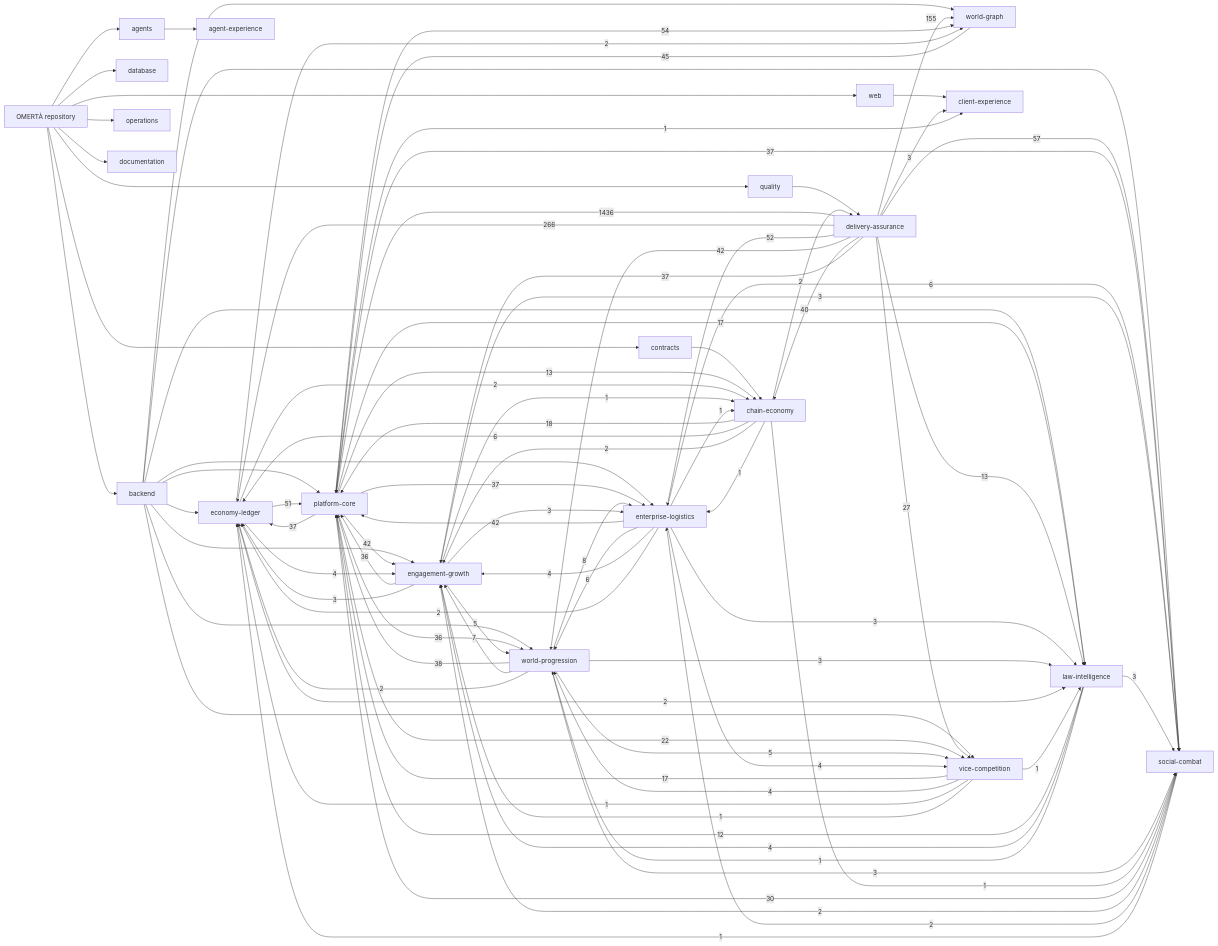
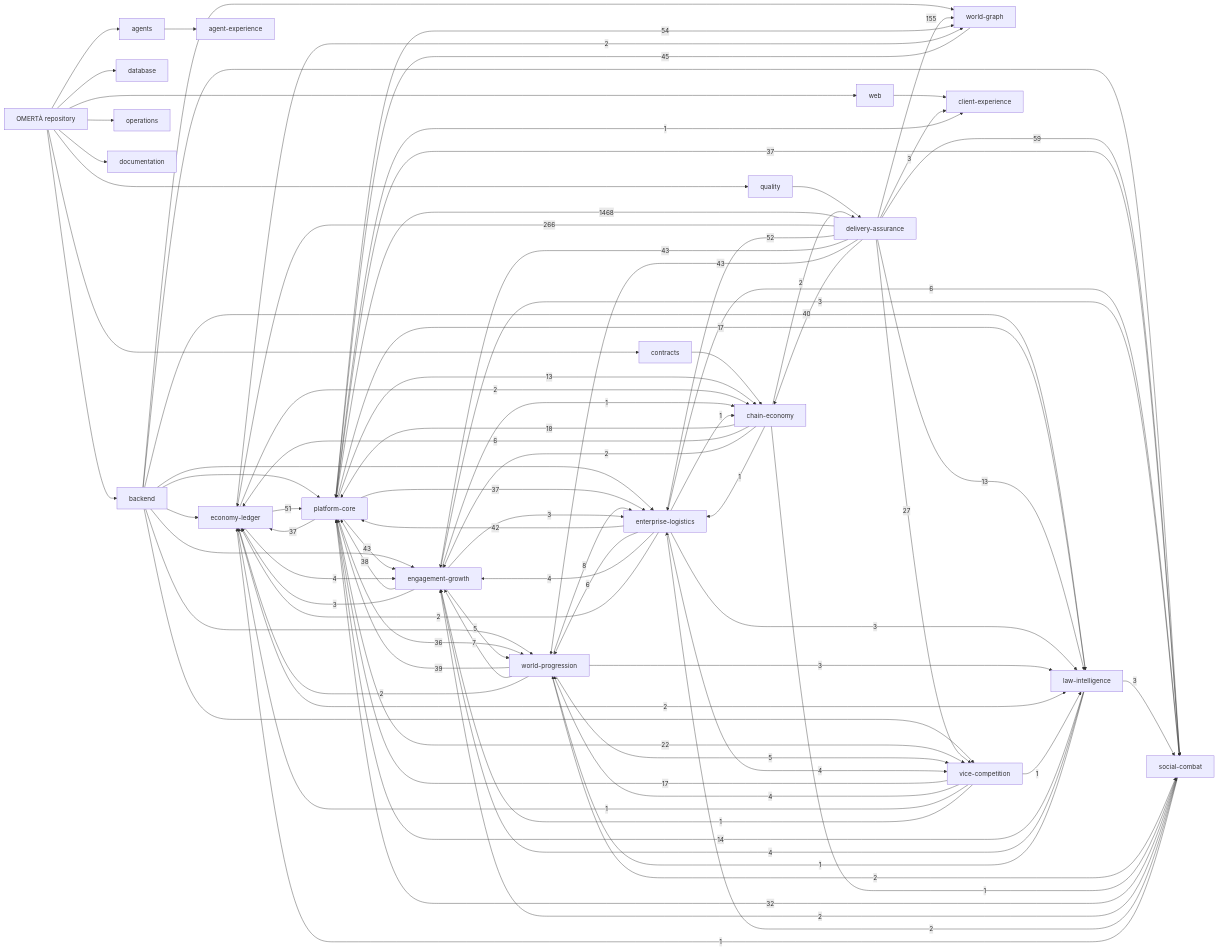
One commit to OmertaDev/Omerta changed the diagram in knowledge/generated/graph.mmd. Above: the diagram before and after it, drawn with Mermaid. The commit also changed 8 other files, not shown here.

```diff
--- a/knowledge/generated/graph.mmd
+++ b/knowledge/generated/graph.mmd
@@ -1,111 +1,111 @@
 flowchart LR
   repo["OMERTÀ repository"]
   sub_backend["backend"]
   repo --> sub_backend
   sub_database["database"]
   repo --> sub_database
   sub_web["web"]
   repo --> sub_web
   sub_contracts["contracts"]
   repo --> sub_contracts
   sub_agents["agents"]
   repo --> sub_agents
   sub_quality["quality"]
   repo --> sub_quality
   sub_operations["operations"]
   repo --> sub_operations
   sub_documentation["documentation"]
   repo --> sub_documentation
   dom_platform-core["platform-core"]
   dom_economy-ledger["economy-ledger"]
   dom_social-combat["social-combat"]
   dom_world-progression["world-progression"]
   dom_world-graph["world-graph"]
   dom_enterprise-logistics["enterprise-logistics"]
   dom_vice-competition["vice-competition"]
   dom_law-intelligence["law-intelligence"]
   dom_chain-economy["chain-economy"]
   dom_engagement-growth["engagement-growth"]
   dom_client-experience["client-experience"]
   dom_agent-experience["agent-experience"]
   dom_delivery-assurance["delivery-assurance"]
   sub_agents --> dom_agent-experience
   sub_backend --> dom_economy-ledger
   sub_backend --> dom_engagement-growth
   sub_backend --> dom_enterprise-logistics
   sub_backend --> dom_law-intelligence
   sub_backend --> dom_platform-core
   sub_backend --> dom_social-combat
   sub_backend --> dom_vice-competition
   sub_backend --> dom_world-graph
   sub_backend --> dom_world-progression
   sub_contracts --> dom_chain-economy
   sub_quality --> dom_delivery-assurance
   sub_web --> dom_client-experience
-  dom_delivery-assurance -->|1436| dom_platform-core
+  dom_delivery-assurance -->|1468| dom_platform-core
   dom_delivery-assurance -->|266| dom_economy-ledger
   dom_delivery-assurance -->|155| dom_world-graph
-  dom_delivery-assurance -->|57| dom_social-combat
+  dom_delivery-assurance -->|59| dom_social-combat
   dom_platform-core -->|54| dom_world-graph
   dom_delivery-assurance -->|52| dom_enterprise-logistics
   dom_economy-ledger -->|51| dom_platform-core
   dom_world-graph -->|45| dom_platform-core
-  dom_delivery-assurance -->|42| dom_world-progression
+  dom_delivery-assurance -->|43| dom_engagement-growth
+  dom_delivery-assurance -->|43| dom_world-progression
+  dom_platform-core -->|43| dom_engagement-growth
   dom_enterprise-logistics -->|42| dom_platform-core
-  dom_platform-core -->|42| dom_engagement-growth
   dom_delivery-assurance -->|40| dom_chain-economy
-  dom_world-progression -->|38| dom_platform-core
-  dom_delivery-assurance -->|37| dom_engagement-growth
+  dom_world-progression -->|39| dom_platform-core
+  dom_engagement-growth -->|38| dom_platform-core
   dom_platform-core -->|37| dom_economy-ledger
   dom_platform-core -->|37| dom_enterprise-logistics
   dom_platform-core -->|37| dom_social-combat
-  dom_engagement-growth -->|36| dom_platform-core
   dom_platform-core -->|36| dom_world-progression
-  dom_social-combat -->|30| dom_platform-core
+  dom_social-combat -->|32| dom_platform-core
   dom_delivery-assurance -->|27| dom_vice-competition
   dom_platform-core -->|22| dom_vice-competition
   dom_chain-economy -->|18| dom_platform-core
   dom_platform-core -->|17| dom_law-intelligence
   dom_vice-competition -->|17| dom_platform-core
+  dom_law-intelligence -->|14| dom_platform-core
   dom_delivery-assurance -->|13| dom_law-intelligence
   dom_platform-core -->|13| dom_chain-economy
-  dom_law-intelligence -->|12| dom_platform-core
   dom_world-progression -->|8| dom_enterprise-logistics
   dom_world-progression -->|7| dom_engagement-growth
   dom_chain-economy -->|6| dom_economy-ledger
   dom_enterprise-logistics -->|6| dom_social-combat
   dom_enterprise-logistics -->|6| dom_world-progression
   dom_engagement-growth -->|5| dom_world-progression
   dom_world-progression -->|5| dom_vice-competition
   dom_economy-ledger -->|4| dom_engagement-growth
   dom_enterprise-logistics -->|4| dom_engagement-growth
   dom_enterprise-logistics -->|4| dom_vice-competition
   dom_law-intelligence -->|4| dom_engagement-growth
   dom_vice-competition -->|4| dom_world-progression
   dom_delivery-assurance -->|3| dom_client-experience
   dom_engagement-growth -->|3| dom_economy-ledger
   dom_engagement-growth -->|3| dom_enterprise-logistics
   dom_engagement-growth -->|3| dom_social-combat
   dom_enterprise-logistics -->|3| dom_law-intelligence
   dom_law-intelligence -->|3| dom_social-combat
   dom_world-progression -->|3| dom_law-intelligence
-  dom_world-progression -->|3| dom_social-combat
   dom_chain-economy -->|2| dom_delivery-assurance
   dom_chain-economy -->|2| dom_engagement-growth
   dom_economy-ledger -->|2| dom_chain-economy
   dom_economy-ledger -->|2| dom_law-intelligence
   dom_economy-ledger -->|2| dom_world-graph
   dom_enterprise-logistics -->|2| dom_economy-ledger
   dom_social-combat -->|2| dom_engagement-growth
   dom_social-combat -->|2| dom_enterprise-logistics
   dom_world-progression -->|2| dom_economy-ledger
+  dom_world-progression -->|2| dom_social-combat
   dom_chain-economy -->|1| dom_enterprise-logistics
   dom_chain-economy -->|1| dom_social-combat
   dom_engagement-growth -->|1| dom_chain-economy
   dom_enterprise-logistics -->|1| dom_chain-economy
   dom_law-intelligence -->|1| dom_world-progression
   dom_platform-core -->|1| dom_client-experience
   dom_social-combat -->|1| dom_economy-ledger
   dom_vice-competition -->|1| dom_economy-ledger
   dom_vice-competition -->|1| dom_engagement-growth
   dom_vice-competition -->|1| dom_law-intelligence
```
